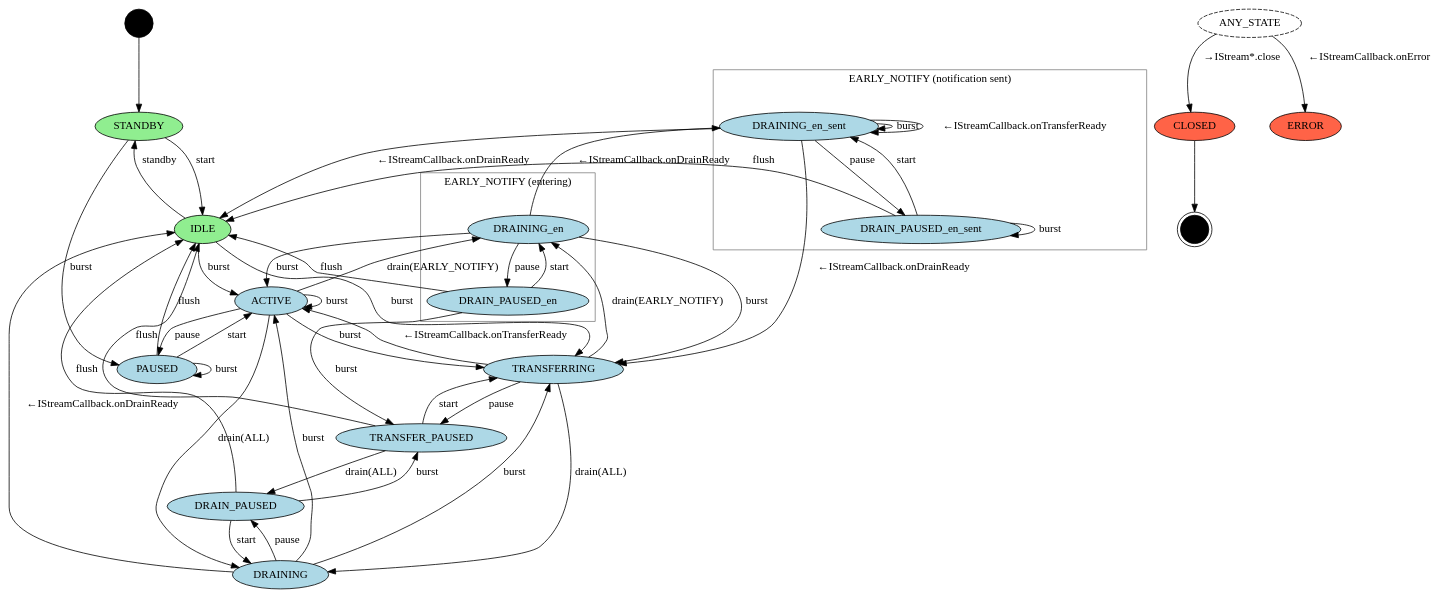
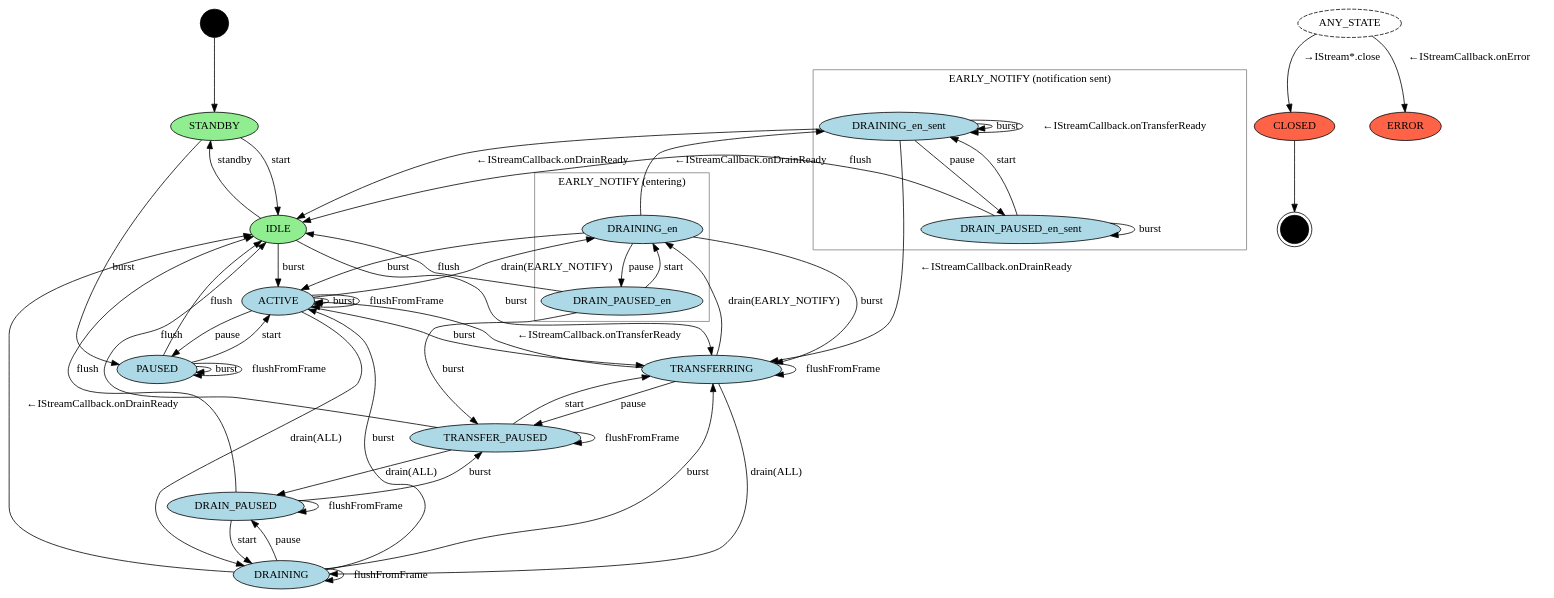
Before and after one commit to yaap/hardware_interfaces: the diagram in audio/aidl/android/hardware/audio/core/stream-out-async-sm.gv, drawn with Graphviz. The commit also changed 13 other files, not shown here.

First line of the commit message:
Add flushFromFrame support.

```diff
--- a/audio/aidl/android/hardware/audio/core/stream-out-async-sm.gv
+++ b/audio/aidl/android/hardware/audio/core/stream-out-async-sm.gv
@@ -1,115 +1,121 @@
 // Copyright (C) 2022 The Android Open Source Project
 //
 // Licensed under the Apache License, Version 2.0 (the "License");
 // you may not use this file except in compliance with the License.
 // You may obtain a copy of the License at
 //
 //      http://www.apache.org/licenses/LICENSE-2.0
 //
 // Unless required by applicable law or agreed to in writing, software
 // distributed under the License is distributed on an "AS IS" BASIS,
 // WITHOUT WARRANTIES OR CONDITIONS OF ANY KIND, either express or implied.
 // See the License for the specific language governing permissions and
 // limitations under the License.
 
 // To render: dot -Tpng stream-out-async-sm.gv -o stream-out-async-sm.png
 digraph stream_out_async_state_machine {
     node [shape=point style=filled fillcolor=black width=0.5] I;
     node [shape=doublecircle width=0.5] F;
     node [shape=oval width=1];
     node [fillcolor=lightgreen] STANDBY;  // buffer is empty
     node [fillcolor=lightgreen] IDLE;     // buffer is empty
     node [fillcolor=tomato] CLOSED;
     node [fillcolor=tomato] ERROR;
     node [style=dashed] ANY_STATE;
     node [fillcolor=lightblue style=filled];
     // Note that when the consumer (h/w) is passive, "burst" operations
     // complete synchronously, bypassing the TRANSFERRING state.
     I -> STANDBY;
     STANDBY -> IDLE [label="start"];                  // consumer -> active
     STANDBY -> PAUSED [label="burst"];                // producer -> active
     IDLE -> STANDBY [label="standby"];                // consumer -> passive
     IDLE -> TRANSFERRING [label="burst"];             // producer -> active
     IDLE -> ACTIVE [label="burst"];                   // full write
     ACTIVE -> PAUSED [label="pause"];                 // consumer -> passive (not consuming)
     ACTIVE -> DRAINING [label="drain(ALL)"];          // producer -> passive
     ACTIVE -> DRAINING_en [label="drain(EARLY_NOTIFY)"];  // prepare for clip transition
     ACTIVE -> TRANSFERRING [label="burst"];           // early unblocking
     ACTIVE -> ACTIVE [label="burst"];                 // full write
+    ACTIVE -> ACTIVE [label="flushFromFrame"];        // see IStreamDescriptor.Command.flushFromFrame
     TRANSFERRING -> ACTIVE [label="←IStreamCallback.onTransferReady"];
     TRANSFERRING -> TRANSFER_PAUSED [label="pause"];  // consumer -> passive (not consuming)
     TRANSFERRING -> DRAINING [label="drain(ALL)"];    // producer -> passive
     TRANSFERRING -> DRAINING_en [label="drain(EARLY_NOTIFY)"]; // prepare for clip transition
+    TRANSFERRING -> TRANSFERRING [label="flushFromFrame"];  // see IStreamDescriptor.Command.flushFromFrame
     TRANSFER_PAUSED -> TRANSFERRING [label="start"];  // consumer -> active
     TRANSFER_PAUSED -> DRAIN_PAUSED [label="drain(ALL)"];  // producer -> passive
     TRANSFER_PAUSED -> IDLE [label="flush"];          // buffer is cleared
+    TRANSFER_PAUSED -> TRANSFER_PAUSED [label="flushFromFrame"];  // see IStreamDescriptor.Command.flushFromFrame
     PAUSED -> PAUSED [label="burst"];
     PAUSED -> ACTIVE [label="start"];                 // consumer -> active
     PAUSED -> IDLE [label="flush"];                   // producer -> passive, buffer is cleared
+    PAUSED -> PAUSED [label="flushFromFrame"];        // see IStreamDescriptor.Command.flushFromFrame
     DRAINING -> IDLE [label="←IStreamCallback.onDrainReady"];
     DRAINING -> TRANSFERRING [label="burst"];         // producer -> active
     DRAINING -> ACTIVE [label="burst"];               // full write
     DRAINING -> DRAIN_PAUSED [label="pause"];         // consumer -> passive (not consuming)
+    DRAINING -> DRAINING [label="flushFromFrame"];    // see IStreamDescriptor.Command.flushFromFrame
     DRAIN_PAUSED -> DRAINING [label="start"];         // consumer -> active
     DRAIN_PAUSED -> TRANSFER_PAUSED [label="burst"];  // producer -> active
     DRAIN_PAUSED -> IDLE [label="flush"];             // buffer is cleared
+    DRAIN_PAUSED -> DRAIN_PAUSED [label="flushFromFrame"];  // see IStreamDescriptor.Command.flushFromFrame
 
     // IMPORTANT: The behavior below is only expected from the HAL when
     // it exposes 'aosp.clipTransitionSupport' vendor property. It will be
     // required starting from HAL V5.
     //
     // Note that the states in both clusters are combined with 'DRAINING' and 'DRAIN_PAUSED'
     // state at the API level. The 'en' and 'en_sent' attributes only belong to the internal
     // state of the stream and are not observable outside.
     subgraph cluster_early_notify_entering {
         // The stream is preparing for a transition between two clips. After
         // receiving 'drain(EARLY_NOTIFY)' command, the stream continues playing
         // the current clip, and at some point notifies the client that it is
         // ready for the next clip data by issuing the first 'onDrainReady'
         // callback.
         label="EARLY_NOTIFY (entering)";
         color=gray;
         // Getting 'burst' or 'flush' command in these states resets the "clip
         // transition" mode.
         DRAINING_en;
         DRAIN_PAUSED_en;
     }
     subgraph cluster_early_notify_notification_sent {
         // After the stream has sent "onDrainReady", the client can now send
         // 'burst' commands with the data of the next clip. These 'bursts' are
         // always "early unblocking" because the previous clip is still playing
         // thus the stream is unable to play any of the received data
         // synchronously (in other words, it can not do a "full write"). To
         // indicate readiness to accept the next burst the stream uses the usual
         // 'onTransferReady' callback.
         label="EARLY_NOTIFY (notification sent)";
         color=gray;
         // The state machine remains in these states until the current clip ends
         // playing. When it ends, the stream sends 'onDrainReady' (note that
         // it's the second 'onDrainReady' for the same 'drain(EARLY_NOTIFY)'),
         // and transitions either to 'IDLE' if there is no data for the next
         // clip, or to 'TRANSFERRING' otherwise. Note that it can not transition
         // to 'ACTIVE' because that transition is associated with
         // 'onTransferReady' callback.
         DRAINING_en_sent;
         DRAIN_PAUSED_en_sent;
     }
     DRAINING_en -> TRANSFERRING [label="burst"];                  // producer -> active
     DRAINING_en -> ACTIVE [label="burst"];                        // full write
     DRAINING_en -> DRAIN_PAUSED_en [label="pause"];               // consumer -> passive (not consuming)
     DRAINING_en -> DRAINING_en_sent [label="←IStreamCallback.onDrainReady"];
     DRAIN_PAUSED_en -> DRAINING_en [label="start"];               // consumer -> active
     DRAIN_PAUSED_en -> TRANSFER_PAUSED [label="burst"];           // producer -> active
     DRAIN_PAUSED_en -> IDLE [label="flush"];                      // buffer is cleared
     DRAINING_en_sent -> DRAINING_en_sent [label="burst"];
     DRAINING_en_sent -> DRAINING_en_sent [label="←IStreamCallback.onTransferReady"];
     DRAINING_en_sent -> DRAIN_PAUSED_en_sent [label="pause"];     // consumer -> passive (not consuming)
     DRAINING_en_sent -> TRANSFERRING [label="←IStreamCallback.onDrainReady"];
     DRAINING_en_sent -> IDLE [label="←IStreamCallback.onDrainReady"];
     DRAIN_PAUSED_en_sent -> DRAINING_en_sent [label="start"];     // consumer -> active
     DRAIN_PAUSED_en_sent -> DRAIN_PAUSED_en_sent [label="burst"]; // producer -> active
     DRAIN_PAUSED_en_sent -> IDLE [label="flush"];                 // buffer is cleared
     ANY_STATE -> ERROR [label="←IStreamCallback.onError"];
     ANY_STATE -> CLOSED [label="→IStream*.close"];
     CLOSED -> F;
 }
```
